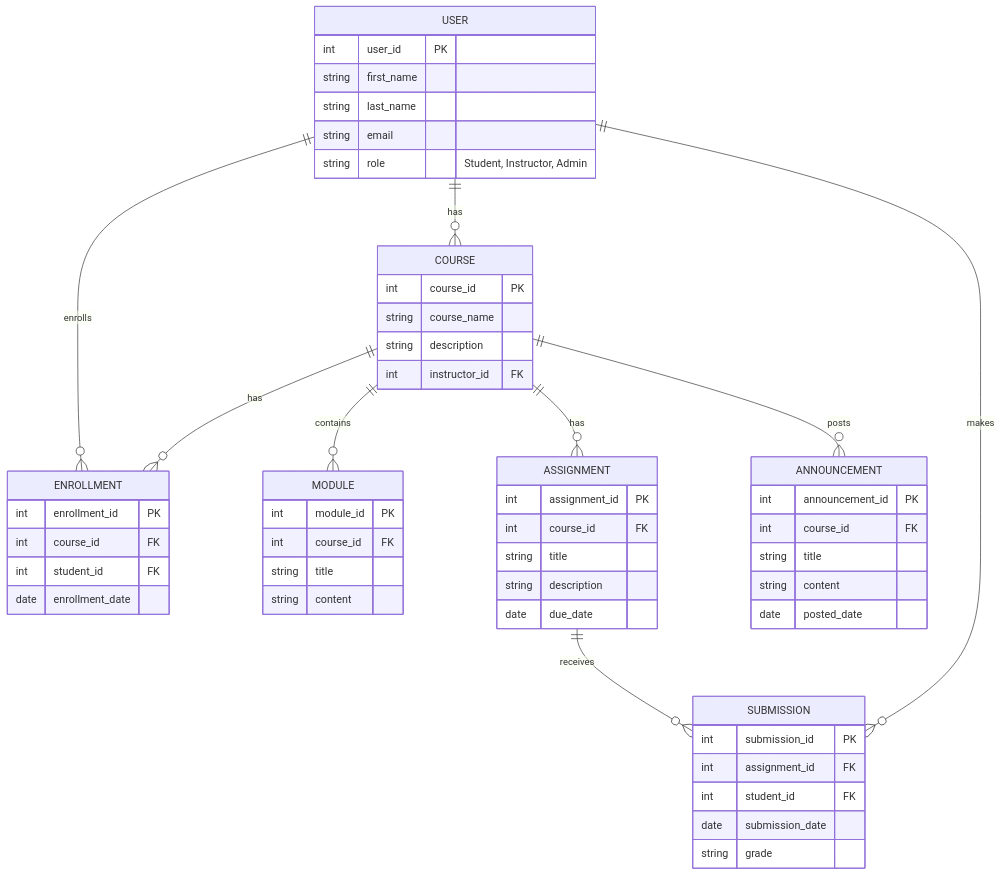
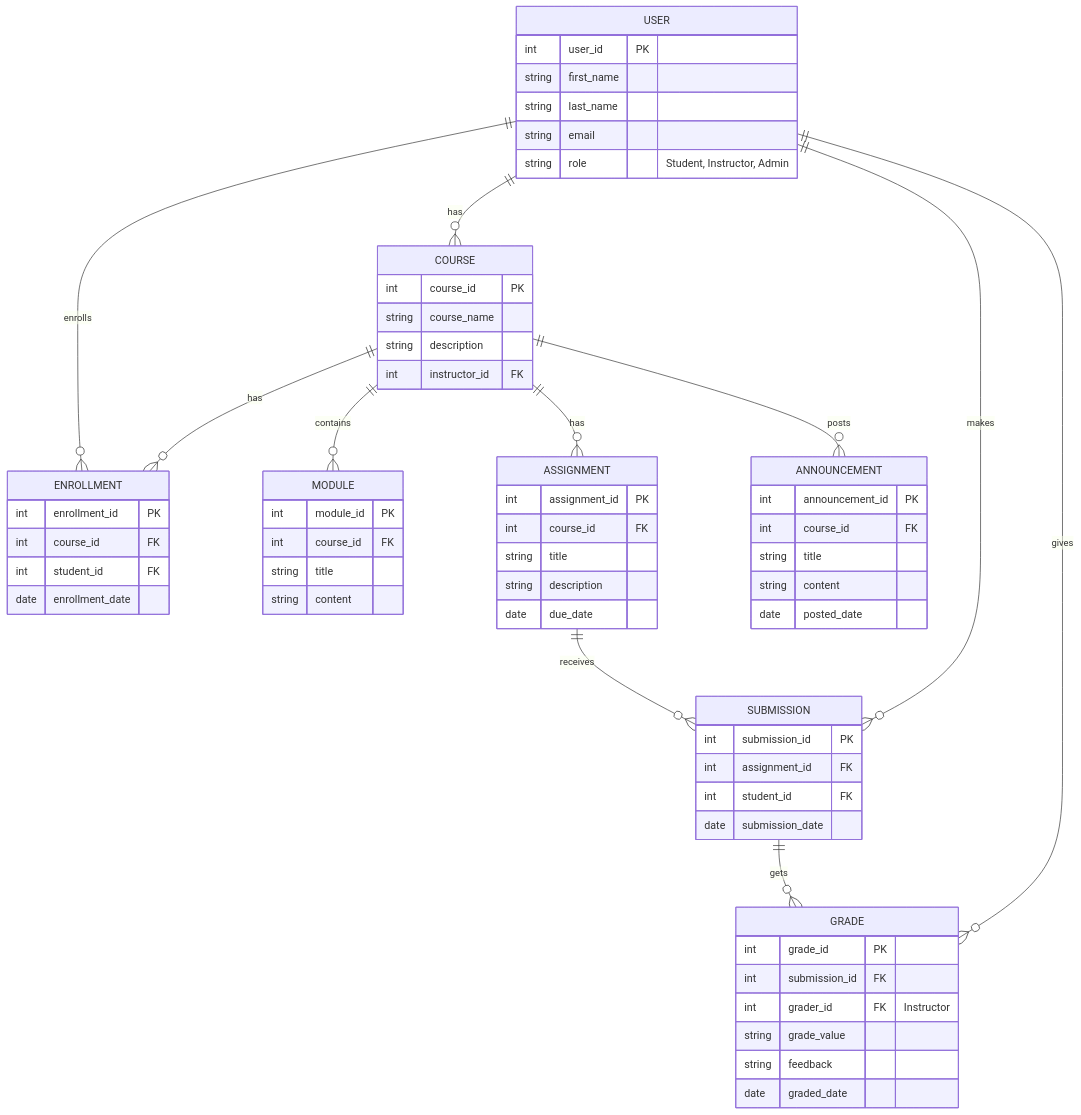
One commit to johnpaulnewton/lms changed the diagram in apps/docs/public/datamodel.mmd. Above: the diagram before and after it, drawn with Mermaid.

Commit message:
update lms documentation

```diff
--- a/apps/docs/public/datamodel.mmd
+++ b/apps/docs/public/datamodel.mmd
@@ -1,62 +1,72 @@
 erDiagram
     USER {
         int user_id PK
         string first_name
         string last_name
         string email
         string role "Student, Instructor, Admin"
     }
 
     COURSE {
         int course_id PK
         string course_name
         string description
         int instructor_id FK
     }
 
     ENROLLMENT {
         int enrollment_id PK
         int course_id FK
         int student_id FK
         date enrollment_date
     }
 
     MODULE {
         int module_id PK
         int course_id FK
         string title
         string content
     }
 
     ASSIGNMENT {
         int assignment_id PK
         int course_id FK
         string title
         string description
         date due_date
     }
 
     SUBMISSION {
         int submission_id PK
         int assignment_id FK
         int student_id FK
         date submission_date
-        string grade
+    }
+
+    GRADE {
+        int grade_id PK
+        int submission_id FK
+        int grader_id FK "Instructor"
+        string grade_value
+        string feedback
+        date graded_date
     }
 
     ANNOUNCEMENT {
         int announcement_id PK
         int course_id FK
         string title
         string content
         date posted_date
     }
 
     USER ||--o{ ENROLLMENT : "enrolls"
     COURSE ||--o{ ENROLLMENT : "has"
     COURSE ||--o{ MODULE : "contains"
     COURSE ||--o{ ASSIGNMENT : "has"
     COURSE ||--o{ ANNOUNCEMENT : "posts"
     ASSIGNMENT ||--o{ SUBMISSION : "receives"
+    SUBMISSION ||--o{ GRADE : "gets"
     USER ||--o{ SUBMISSION : "makes"
     USER ||--o{ COURSE : "has"
+    USER ||--o{ GRADE : "gives"
```
